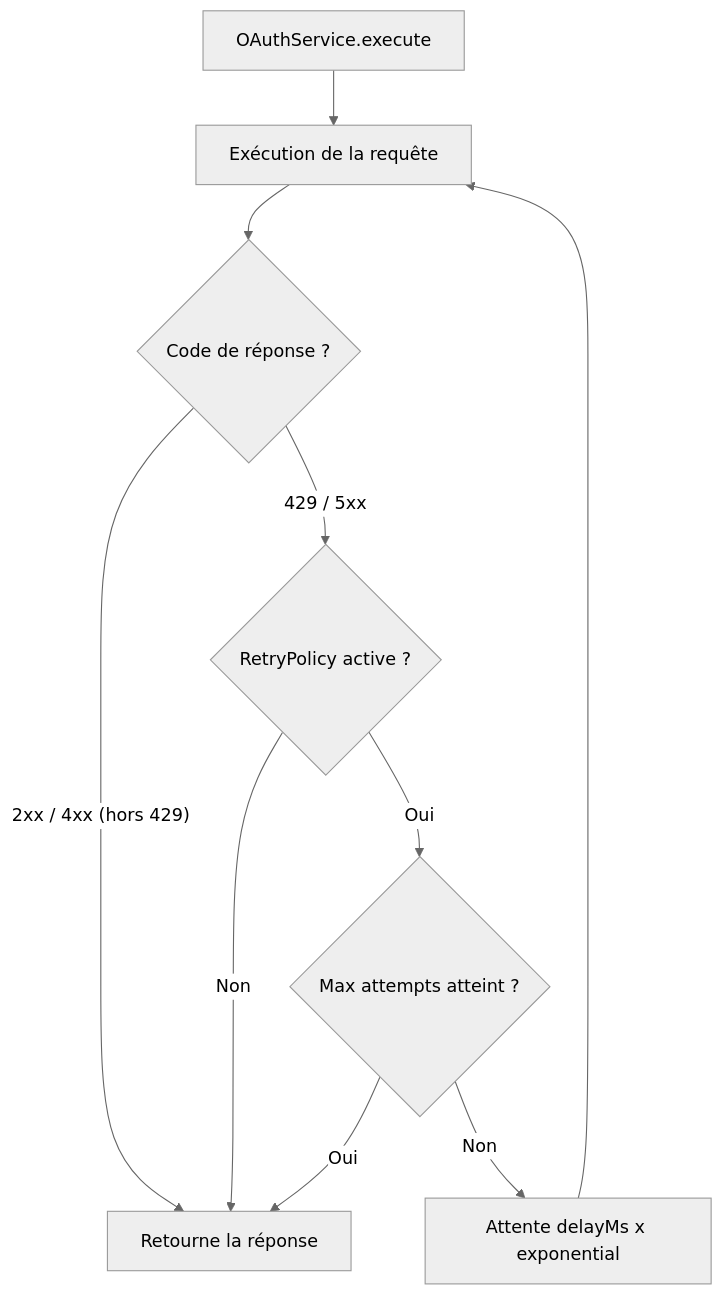
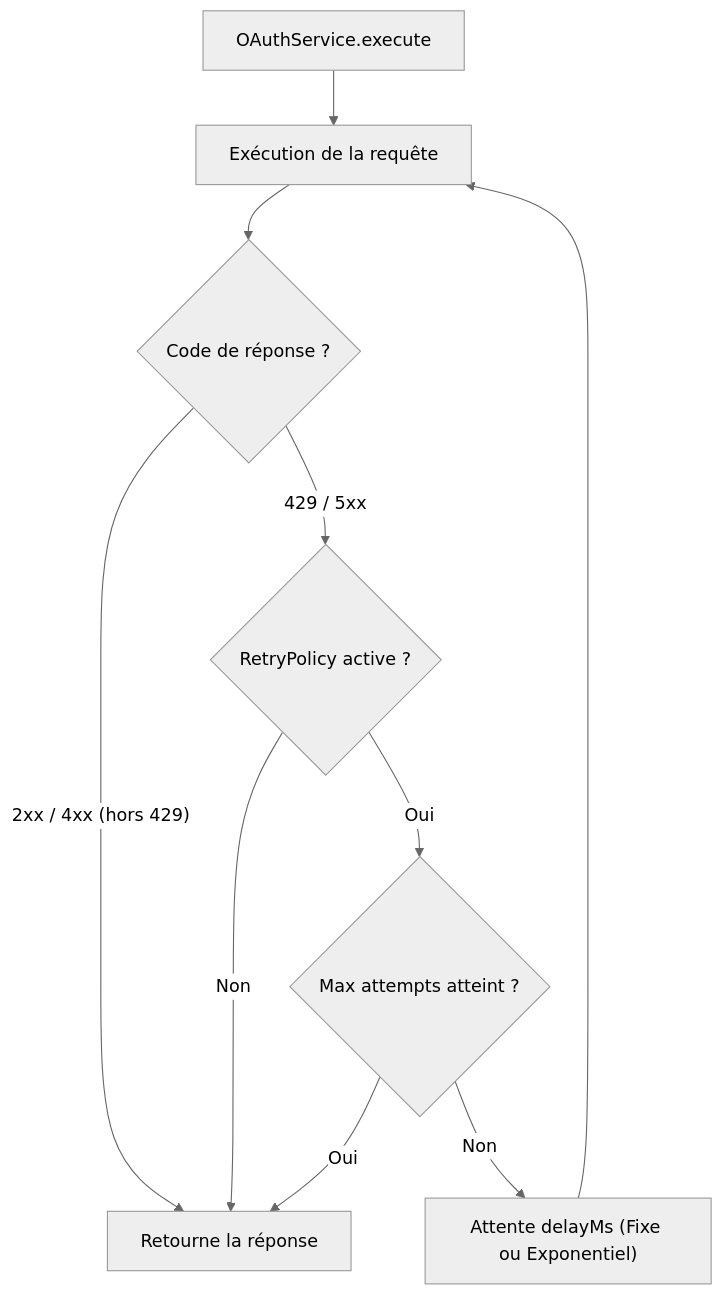
One commit to Q300Z/scribejava changed the sixth of 21 diagrams in docs/explanations/oauth2-flows.md. Above: the diagram before and after it, drawn with Mermaid (neutral theme). The commit also changed other lines of this file, not shown here.

Commit message:
docs(oidc): fix mermaid syntax and align architectural flows with codebase

````diff
--- a/docs/explanations/oauth2-flows.md
+++ b/docs/explanations/oauth2-flows.md
@@ -296,14 +296,12 @@
 ```mermaid
-
 graph TD
-    Start[OAuthService.execute] --> Req[Exécution de la requête]
-    Req --> Resp{Code de réponse ?}
-    Resp -- "2xx / 4xx (hors 429)" --> Success[Retourne la réponse]
-    Resp -- "429 / 5xx" --> Retry{RetryPolicy active ?}
-    Retry -- Non --> Success
-    Retry -- Oui --> Check{Max attempts atteint ?}
-    Check -- Oui --> Success
-    Check -- Non --> Wait[Attente delayMs x exponential]
+    Start["OAuthService.execute"] --> Req["Exécution de la requête"]
+    Req --> Resp{"Code de réponse ?"}
+    Resp -- "2xx / 4xx (hors 429)" --> Success["Retourne la réponse"]
+    Resp -- "429 / 5xx" --> Retry{"RetryPolicy active ?"}
+    Retry -- "Non" --> Success
+    Retry -- "Oui" --> Check{"Max attempts atteint ?"}
+    Check -- "Oui" --> Success
+    Check -- "Non" --> Wait["Attente delayMs (Fixe ou Exponentiel)"]
     Wait --> Req
-
 ```
````
